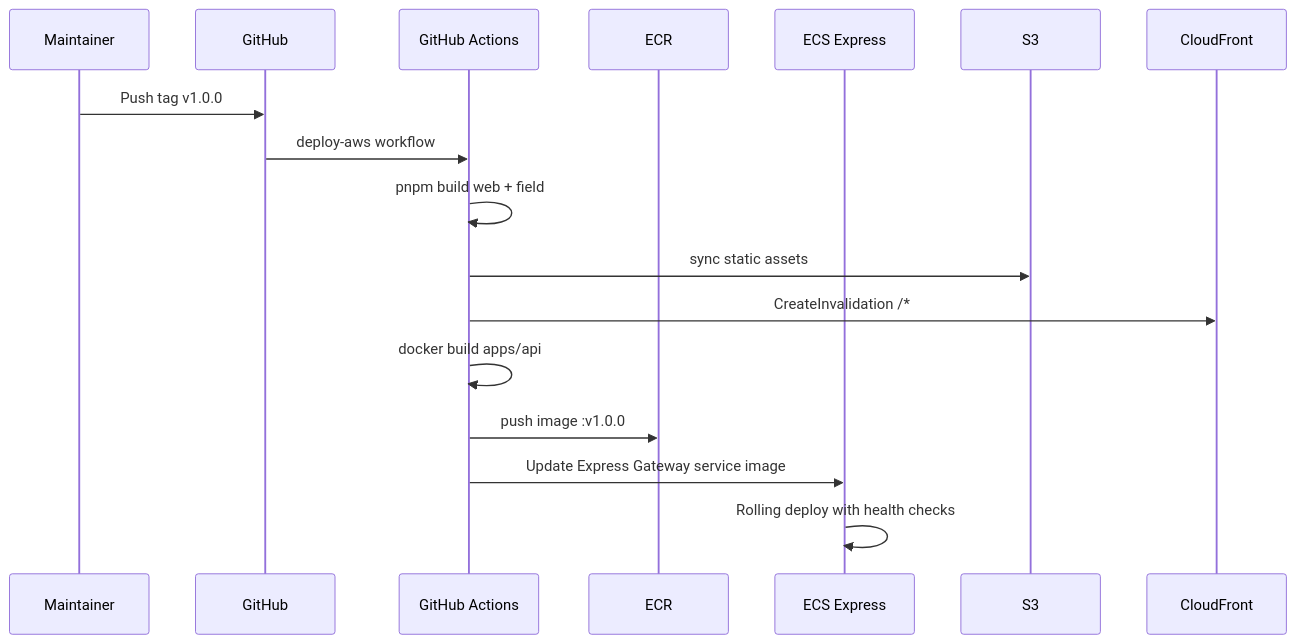
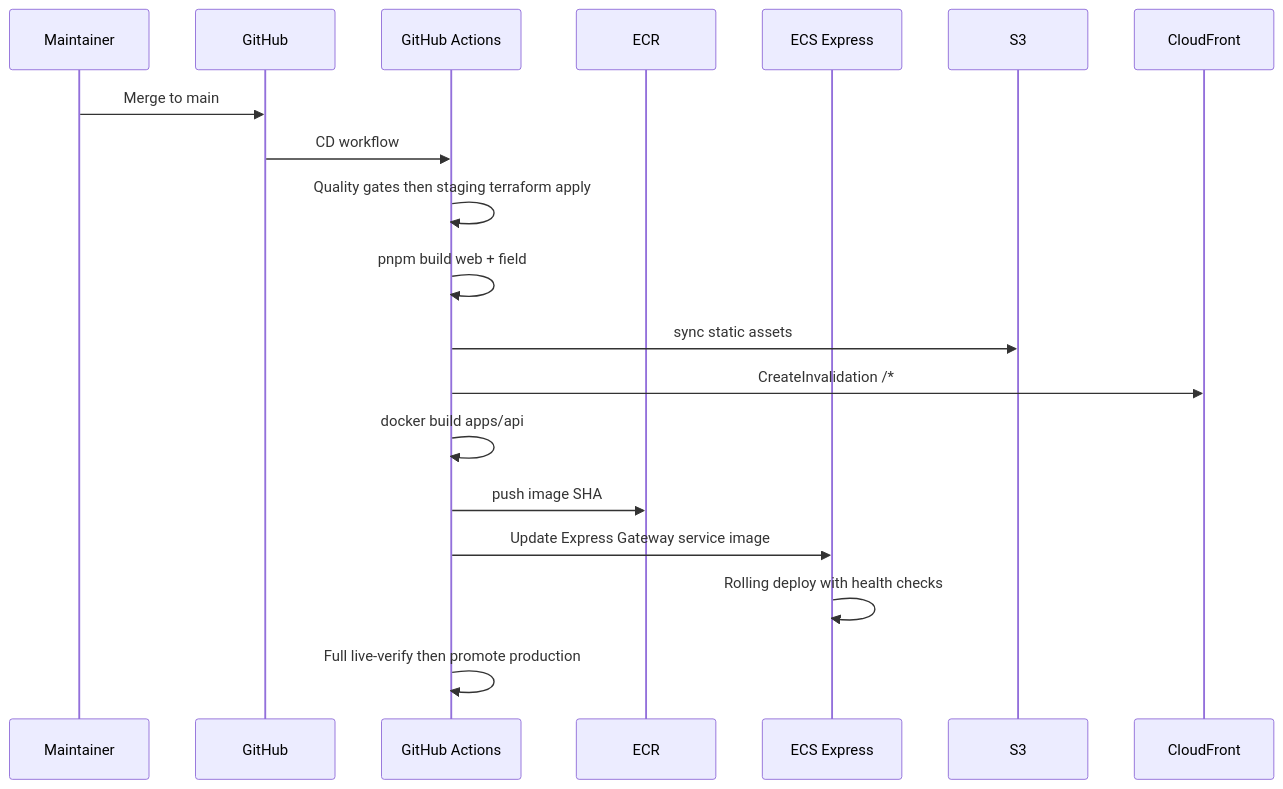
One commit to SaveMarineMammals/marine-mammal-assessment-platform changed the second of 2 diagrams in docs/ops/AWS_INFRA.md. Above: the diagram before and after it, drawn with Mermaid. The commit also changed other lines of this file and 27 other files, not shown here.

First line of the commit message:
Add progressive CI/CD with CodeQL and live-verify gates (#11)

````diff
--- a/docs/ops/AWS_INFRA.md
+++ b/docs/ops/AWS_INFRA.md
@@ -244,20 +247,22 @@
 ```mermaid
 sequenceDiagram
   participant Dev as Maintainer
   participant GH as GitHub
   participant GHA as GitHub Actions
   participant ECR as ECR
   participant ECS as ECS Express
   participant S3 as S3
   participant CF as CloudFront
 
-  Dev->>GH: Push tag v1.0.0
-  GH->>GHA: deploy-aws workflow
+  Dev->>GH: Merge to main
+  GH->>GHA: CD workflow
+  GHA->>GHA: Quality gates then staging terraform apply
   GHA->>GHA: pnpm build web + field
   GHA->>S3: sync static assets
   GHA->>CF: CreateInvalidation /*
   GHA->>GHA: docker build apps/api
-  GHA->>ECR: push image :v1.0.0
+  GHA->>ECR: push image SHA
   GHA->>ECS: Update Express Gateway service image
   ECS->>ECS: Rolling deploy with health checks
+  GHA->>GHA: Full live-verify then promote production
 ```
````
